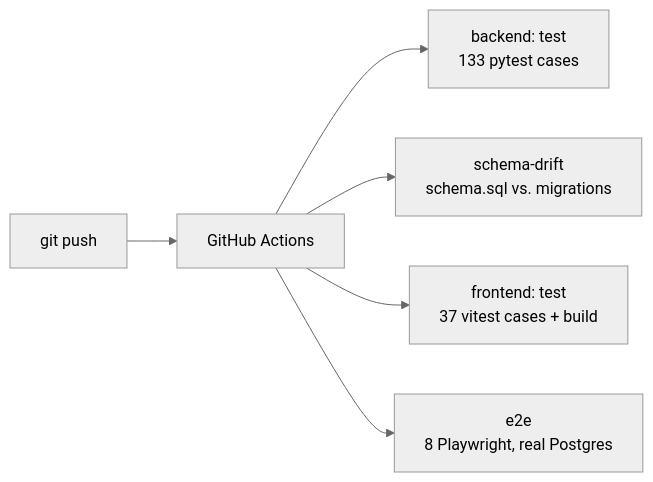
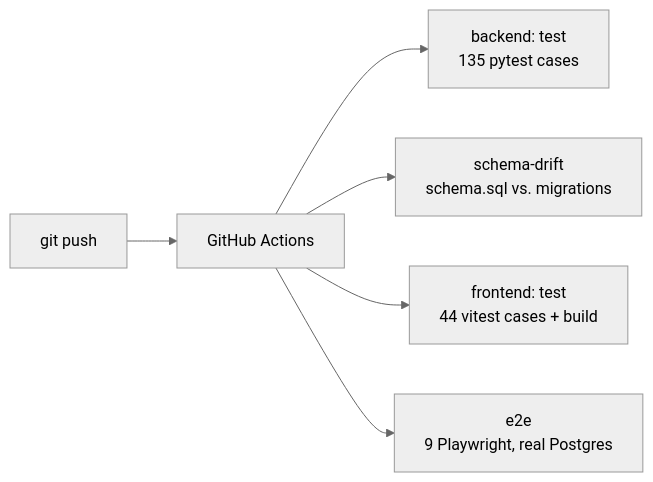
One commit to privlin-lgtm/fintech-operations-dashboard changed the second of 2 diagrams in CASE_STUDY.md. Above: the diagram before and after it, drawn with Mermaid (neutral theme). The commit also changed other lines of this file and 10 other files, not shown here.

````diff
--- a/CASE_STUDY.md
+++ b/CASE_STUDY.md
@@ -66,8 +66,8 @@
 ```mermaid
 flowchart LR
     Push["git push"] --> CI["GitHub Actions"]
-    CI --> T1["backend: test<br/>133 pytest cases"]
+    CI --> T1["backend: test<br/>135 pytest cases"]
     CI --> T2["schema-drift<br/>schema.sql vs. migrations"]
-    CI --> T3["frontend: test<br/>37 vitest cases + build"]
-    CI --> T4["e2e<br/>8 Playwright, real Postgres"]
+    CI --> T3["frontend: test<br/>44 vitest cases + build"]
+    CI --> T4["e2e<br/>9 Playwright, real Postgres"]
 ```
````
